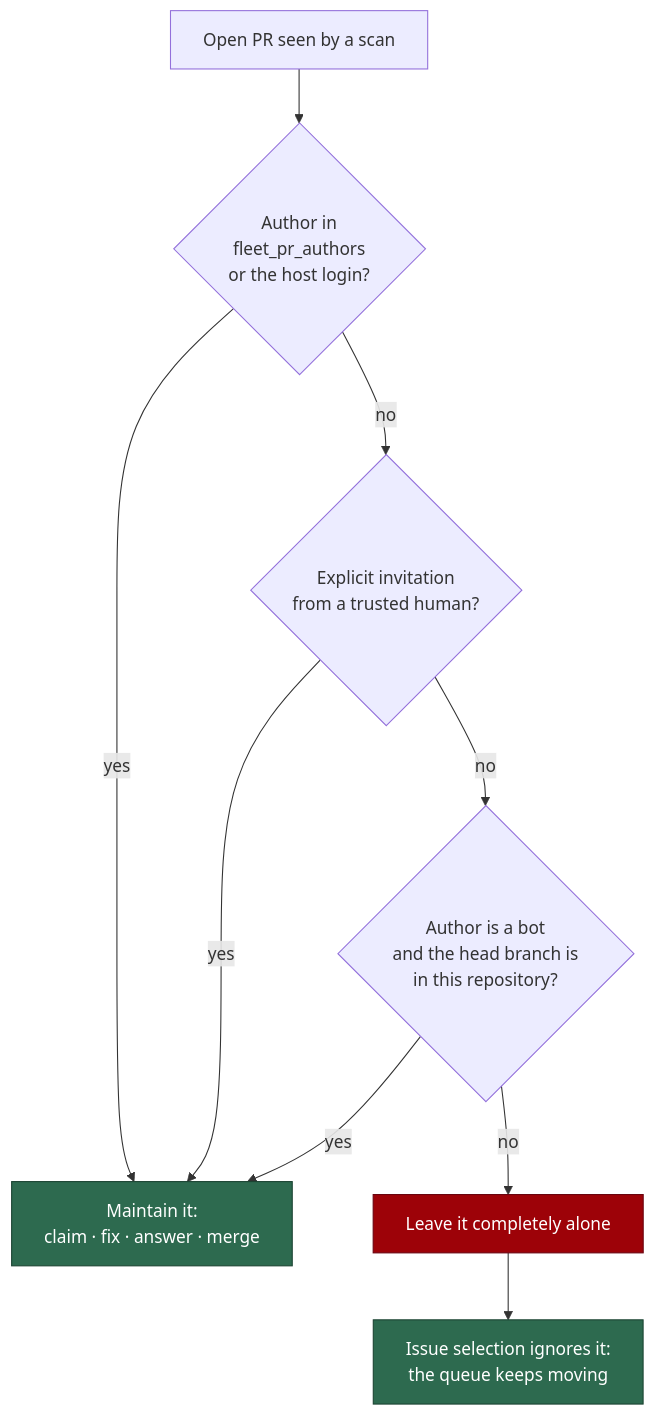
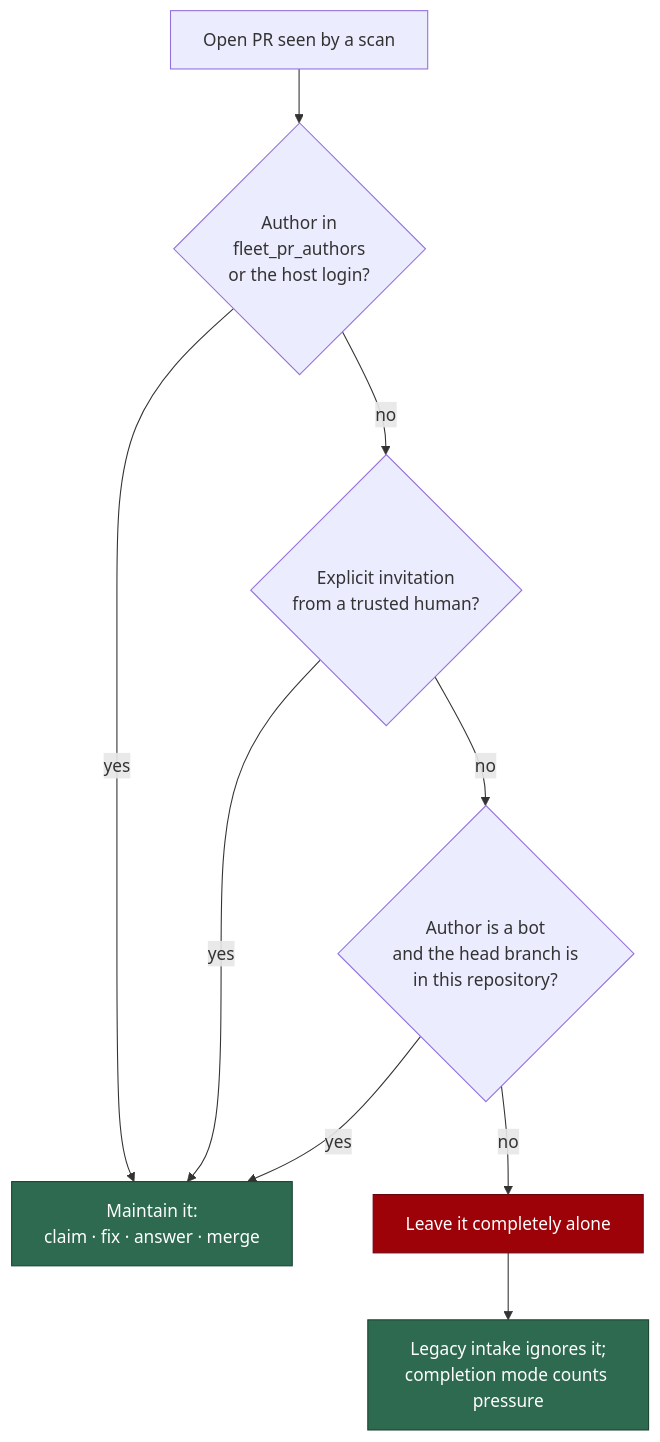
The first of 2 diagrams in docs/HUMAN-PR-POLICY.md (stSoftwareAU/VibeCoder), drawn with Mermaid before and after one commit. The commit also changed other lines of this file and 42 other files, not shown here.

First line of the commit message:
Prioritise PR completion with shared admission (Issue #4942)

````diff
--- a/docs/HUMAN-PR-POLICY.md
+++ b/docs/HUMAN-PR-POLICY.md
@@ -66,14 +72,14 @@
 ```mermaid
 flowchart TD
     A["Open PR seen by a scan"] --> B{"Author in<br/>fleet_pr_authors<br/>or the host login?"}
     B -- yes --> M["Maintain it:<br/>claim · fix · answer · merge"]
     B -- no --> C{"Explicit invitation<br/>from a trusted human?"}
     C -- yes --> M
     C -- no --> F{"Author is a bot<br/>and the head branch is<br/>in this repository?"}
     F -- yes --> M
     F -- no --> D["Leave it completely alone"]
-    D --> E["Issue selection ignores it:<br/>the queue keeps moving"]
+    D --> E["Legacy intake ignores it;<br/>completion mode counts pressure"]
     style M fill:#2d6a4f,stroke:#1b4332,color:#fff
     style D fill:#9d0208,stroke:#6a040f,color:#fff
     style E fill:#2d6a4f,stroke:#1b4332,color:#fff
 ```
````
